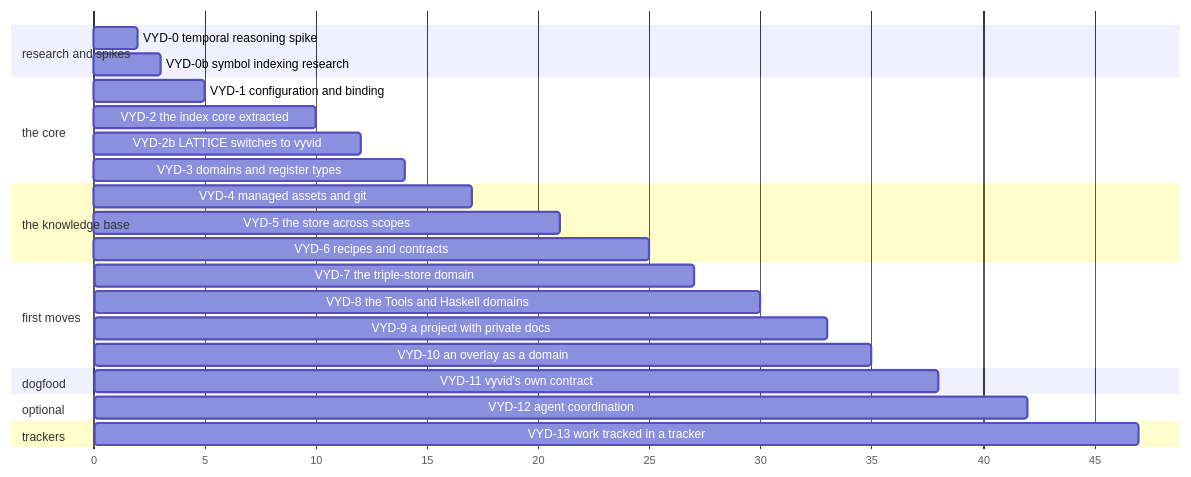
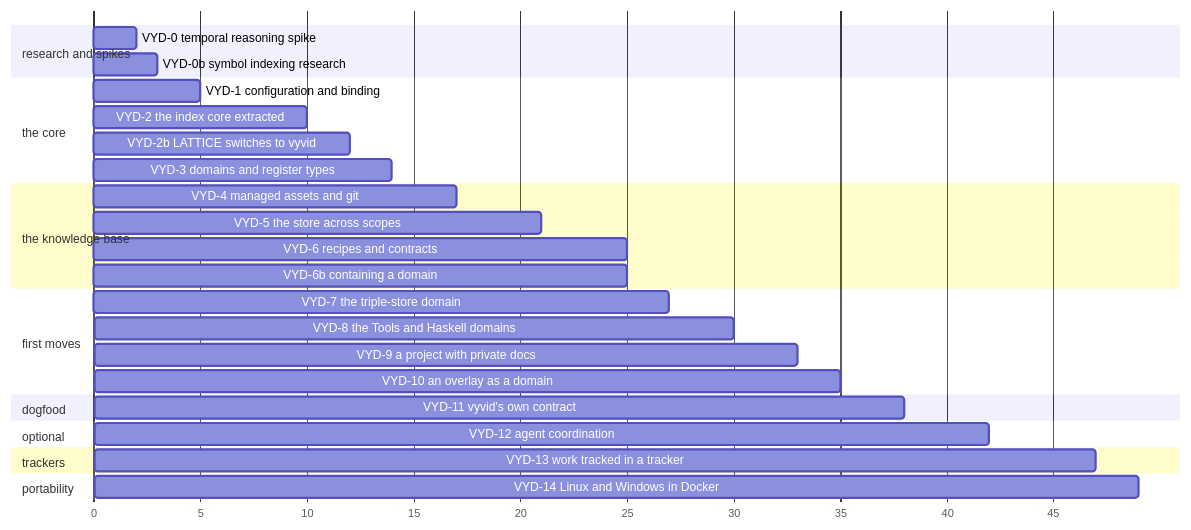
One commit to nebularis/vyvid changed the diagram in docs/developer/plans/vyvid-framework.md. Above: the diagram before and after it, drawn with Mermaid. The commit also changed other lines of this file and 3 other files, not shown here.

First line of the commit message:
Mark VYD-6b building, and plan VYD-14 for Linux and Windows

````diff
--- a/docs/developer/plans/vyvid-framework.md
+++ b/docs/developer/plans/vyvid-framework.md
@@ -17,28 +17,31 @@
 ```mermaid
 gantt
   dateFormat X
   axisFormat %s
   section research and spikes
   VYD-0 temporal reasoning spike      :s0, 0, 2
   VYD-0b symbol indexing research     :s0b, 0, 3
   section the core
   VYD-1 configuration and binding     :s1, 2, 5
   VYD-2 the index core extracted      :s2, 5, 10
   VYD-2b LATTICE switches to vyvid    :s2b, 10, 12
   VYD-3 domains and register types    :s3, 10, 14
   section the knowledge base
   VYD-4 managed assets and git        :s4, 14, 17
   VYD-5 the store across scopes       :s5, 17, 21
   VYD-6 recipes and contracts         :s6, 21, 25
+  VYD-6b containing a domain          :s6b, 25, 25
   section first moves
   VYD-7 the triple-store domain       :s7, 25, 27
   VYD-8 the Tools and Haskell domains :s8, 27, 30
   VYD-9 a project with private docs   :s9, 30, 33
   VYD-10 an overlay as a domain      :s10, 33, 35
   section dogfood
   VYD-11 vyvid's own contract         :s11, 35, 38
   section optional
   VYD-12 agent coordination           :s12, 38, 42
   section trackers
   VYD-13 work tracked in a tracker    :s13, 42, 47
+  section portability
+  VYD-14 Linux and Windows in Docker  :s14, 47, 49
 ```
````
